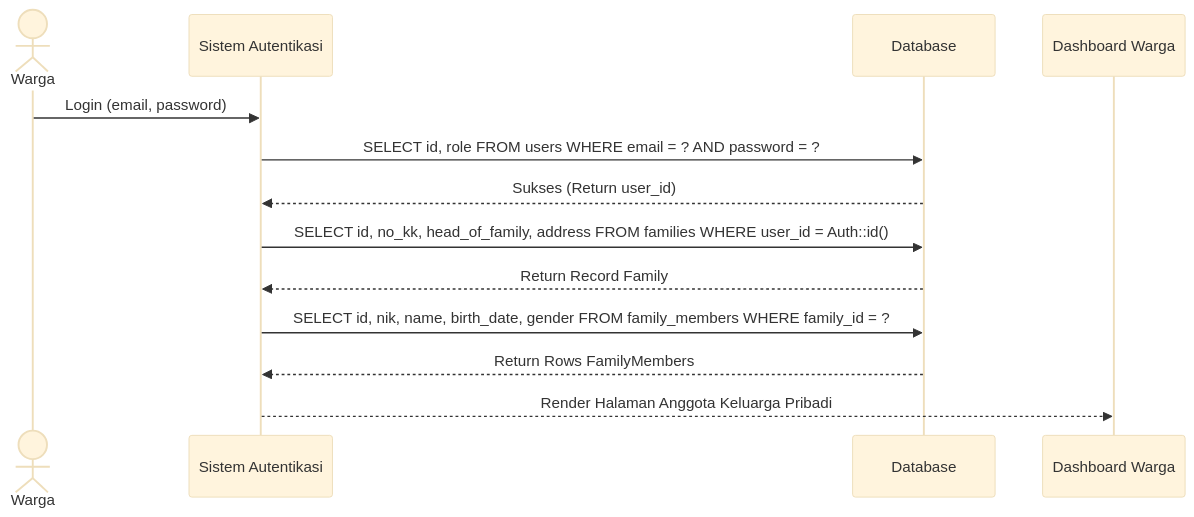
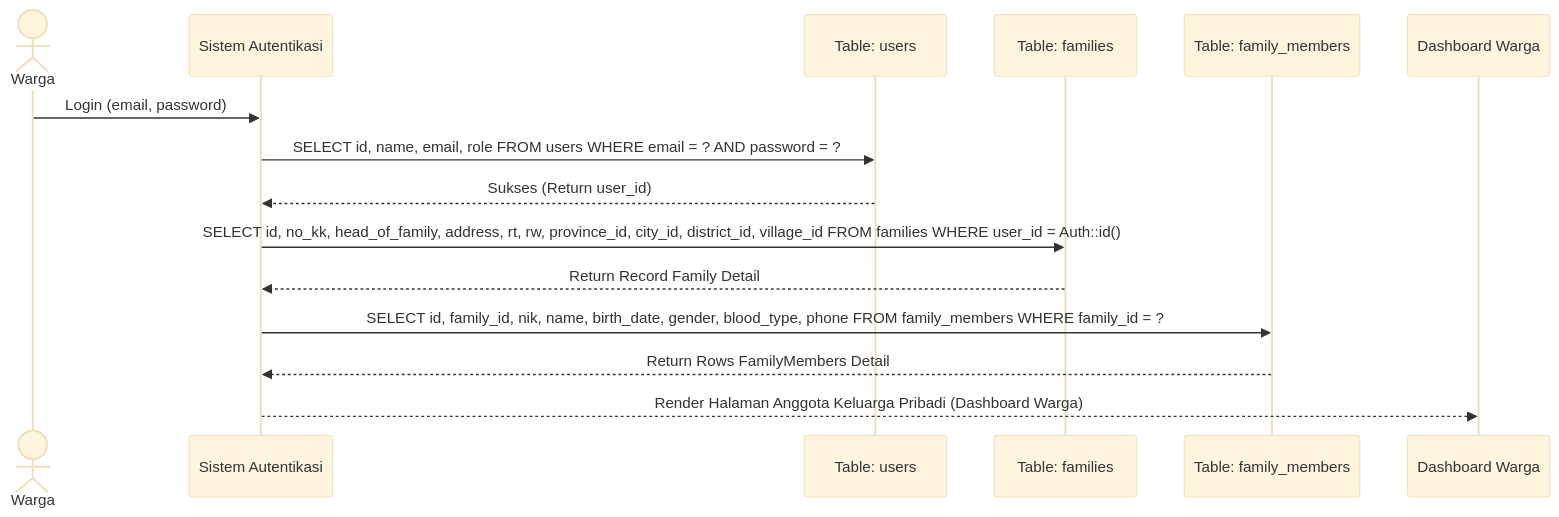
Before and after one commit to imamzaenuddin/sipintar: diagram 15 of 17 in doc/UML.md, drawn with Mermaid (base theme). The commit also changed other lines of this file, not shown here.

Commit message:
docs: add comprehensive UML documentation for SiPintar system architecture

````diff
--- a/doc/UML.md
+++ b/doc/UML.md
@@ -349,16 +420,18 @@
 ```mermaid
 sequenceDiagram
     actor Warga
     participant Auth as Sistem Autentikasi
-    participant DB as Database
+    participant tbl_users as Table: users
+    participant tbl_families as Table: families
+    participant tbl_family_members as Table: family_members
     participant View as Dashboard Warga
 
     Warga->>Auth: Login (email, password)
-    Auth->>DB: SELECT id, role FROM users WHERE email = ? AND password = ?
-    DB-->>Auth: Sukses (Return user_id)
-    Auth->>DB: SELECT id, no_kk, head_of_family, address FROM families WHERE user_id = Auth::id()
-    DB-->>Auth: Return Record Family
-    Auth->>DB: SELECT id, nik, name, birth_date, gender FROM family_members WHERE family_id = ?
-    DB-->>Auth: Return Rows FamilyMembers
-    Auth-->>View: Render Halaman Anggota Keluarga Pribadi
+    Auth->>tbl_users: SELECT id, name, email, role FROM users WHERE email = ? AND password = ?
+    tbl_users-->>Auth: Sukses (Return user_id)
+    Auth->>tbl_families: SELECT id, no_kk, head_of_family, address, rt, rw, province_id, city_id, district_id, village_id FROM families WHERE user_id = Auth::id()
+    tbl_families-->>Auth: Return Record Family Detail
+    Auth->>tbl_family_members: SELECT id, family_id, nik, name, birth_date, gender, blood_type, phone FROM family_members WHERE family_id = ?
+    tbl_family_members-->>Auth: Return Rows FamilyMembers Detail
+    Auth-->>View: Render Halaman Anggota Keluarga Pribadi (Dashboard Warga)
 ```
````
